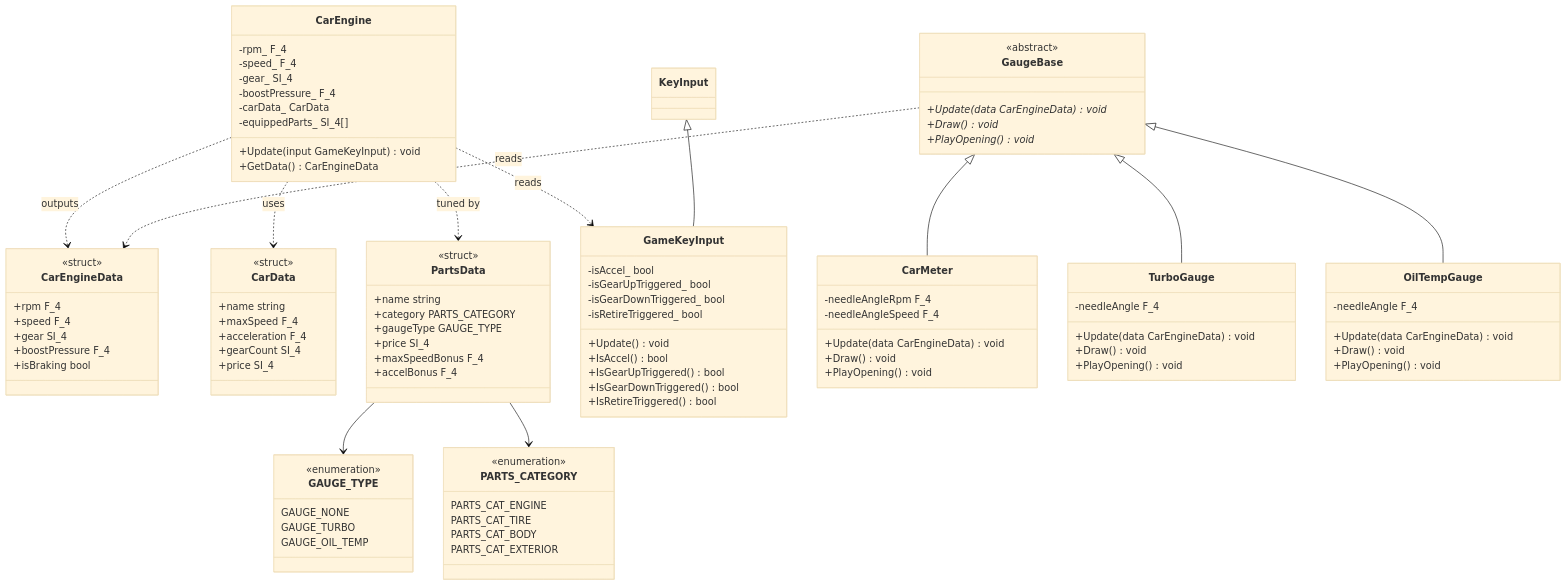
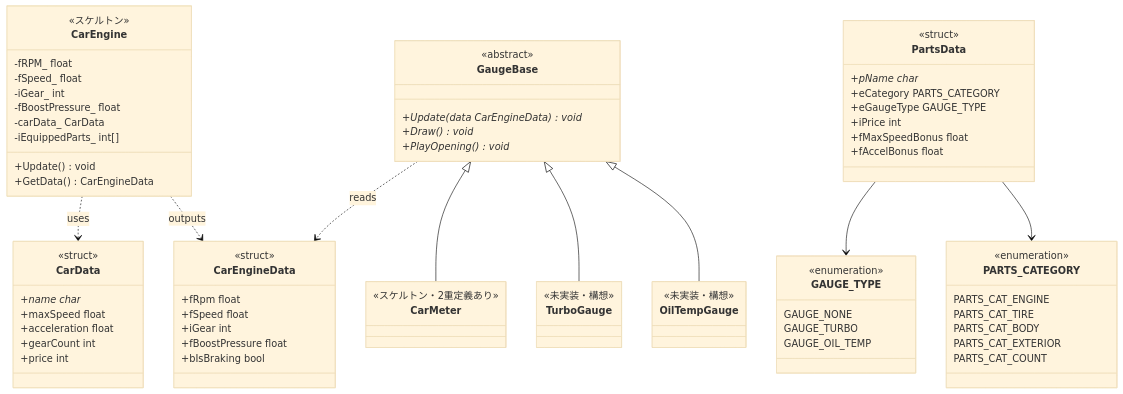
The diagram in spec/uml/diagrams/class.md (asukamekaru98/DragRaceGame2D), drawn with Mermaid (base theme) before and after one commit. The commit also changed other lines of this file and 6 other files, not shown here.

````diff
--- a/spec/uml/diagrams/class.md
+++ b/spec/uml/diagrams/class.md
@@ -3,73 +15,46 @@
     %% ===== エンジン層 =====
     class CarEngineData {
         <<struct>>
-        +rpm F_4
-        +speed F_4
-        +gear SI_4
-        +boostPressure F_4
-        +isBraking bool
+        +fRpm float
+        +fSpeed float
+        +iGear int
+        +fBoostPressure float
+        +bIsBraking bool
     }
 
     class CarEngine {
-        -rpm_ F_4
-        -speed_ F_4
-        -gear_ SI_4
-        -boostPressure_ F_4
+        <<スケルトン>>
+        -fRPM_ float
+        -fSpeed_ float
+        -iGear_ int
+        -fBoostPressure_ float
         -carData_ CarData
-        -equippedParts_ SI_4[]
-        +Update(input GameKeyInput) void
+        -iEquippedParts_ int[]
+        +Update() void
         +GetData() CarEngineData
     }
 
     CarEngine ..> CarData       : uses
-    CarEngine ..> PartsData     : tuned by
     CarEngine ..> CarEngineData : outputs
-    CarEngine ..> GameKeyInput  : reads
-
-    %% ===== 入力層 =====
-
-    class GameKeyInput {
-        -isAccel_ bool
-        -isGearUpTriggered_ bool
-        -isGearDownTriggered_ bool
-        -isRetireTriggered_ bool
-        +Update() void
-        +IsAccel() bool
-        +IsGearUpTriggered() bool
-        +IsGearDownTriggered() bool
-        +IsRetireTriggered() bool
-    }
-
-    KeyInput <|-- GameKeyInput
 
     %% ===== メーター層 =====
     class GaugeBase {
         <<abstract>>
-        +Update(data CarEngineData) void*
-        +Draw() void*
-        +PlayOpening() void*
+        +Update(data CarEngineData)* void
+        +Draw()* void
+        +PlayOpening()* void
     }
 
     class CarMeter {
-        -needleAngleRpm F_4
-        -needleAngleSpeed F_4
-        +Update(data CarEngineData) void
-        +Draw() void
-        +PlayOpening() void
+        <<スケルトン・2重定義あり>>
     }
 
     class TurboGauge {
-        -needleAngle F_4
-        +Update(data CarEngineData) void
-        +Draw() void
-        +PlayOpening() void
+        <<未実装・構想>>
     }
 
     class OilTempGauge {
-        -needleAngle F_4
-        +Update(data CarEngineData) void
-        +Draw() void
-        +PlayOpening() void
+        <<未実装・構想>>
     }
 
     GaugeBase <|-- CarMeter
@@ -80,21 +65,21 @@
     %% ===== データ層 =====
     class CarData {
         <<struct>>
-        +name string
-        +maxSpeed F_4
-        +acceleration F_4
-        +gearCount SI_4
-        +price SI_4
+        +name char*
+        +maxSpeed float
+        +acceleration float
+        +gearCount int
+        +price int
     }
 
     class PartsData {
         <<struct>>
-        +name string
-        +category PARTS_CATEGORY
-        +gaugeType GAUGE_TYPE
-        +price SI_4
-        +maxSpeedBonus F_4
-        +accelBonus F_4
+        +pName char*
+        +eCategory PARTS_CATEGORY
+        +eGaugeType GAUGE_TYPE
+        +iPrice int
+        +fMaxSpeedBonus float
+        +fAccelBonus float
     }
 
     class GAUGE_TYPE {
@@ -110,9 +95,9 @@
         PARTS_CAT_TIRE
         PARTS_CAT_BODY
         PARTS_CAT_EXTERIOR
+        PARTS_CAT_COUNT
     }
 
     PartsData --> GAUGE_TYPE
     PartsData --> PARTS_CATEGORY
-
 ```
````
